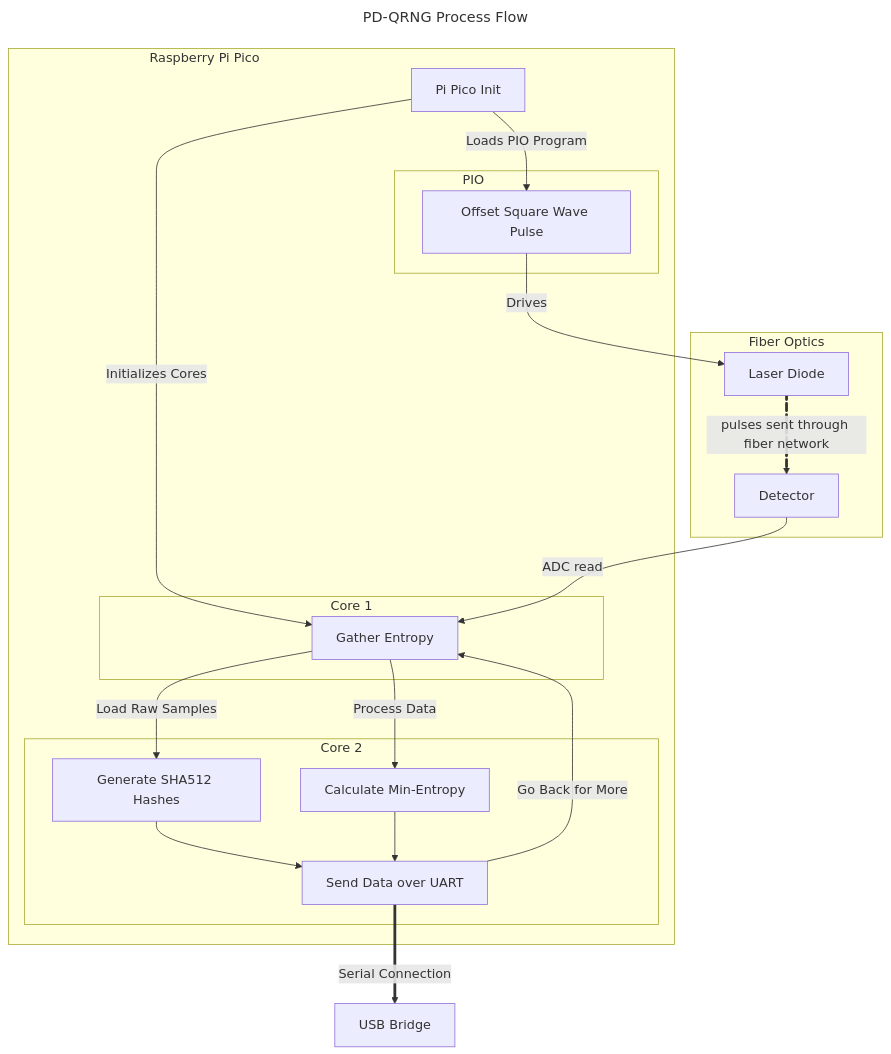
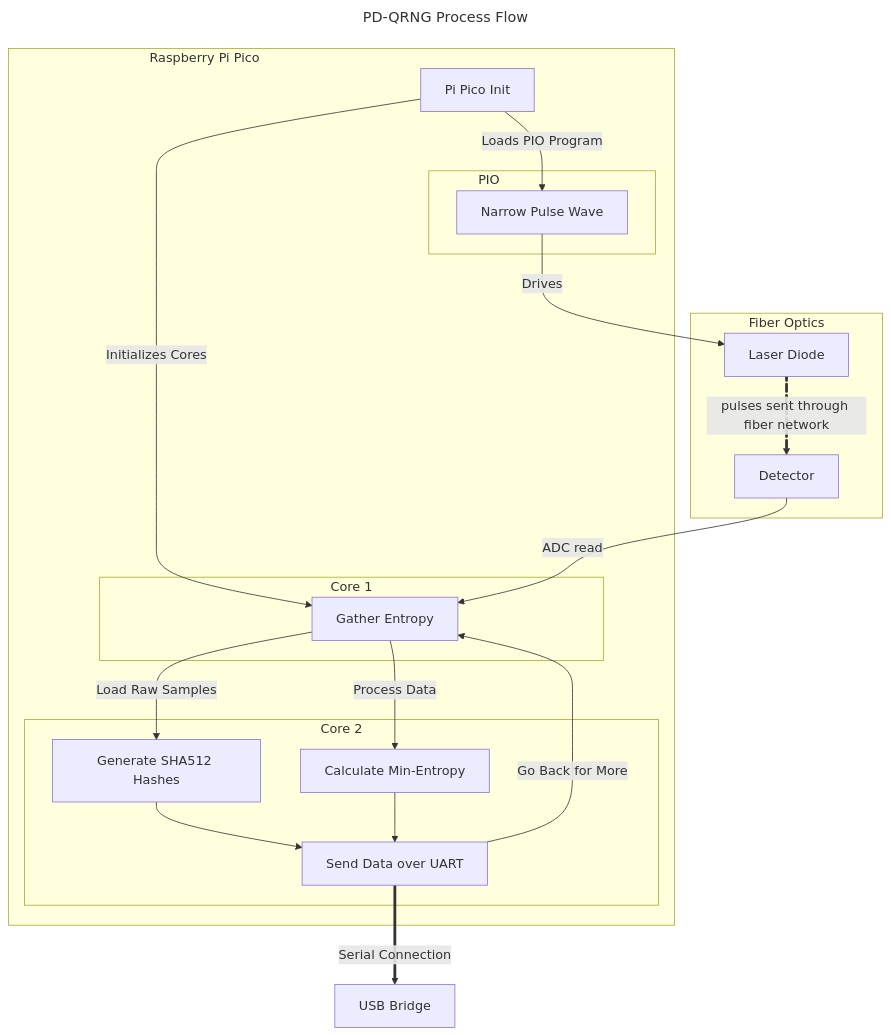
One commit to QuantumVillage/FiberRanger changed the diagram in README.md. Above: the diagram before and after it, drawn with Mermaid.

Commit message:
added flow charts

````diff
--- a/README.md
+++ b/README.md
@@ -9,38 +9,38 @@
 ```mermaid
 ---
 title: PD-QRNG Process Flow
 ---
 
 flowchart TD
     subgraph Fiber Optics
     L[Laser Diode]
     D[Detector]
     end
     subgraph R[<div style="width:30em; height:8em; display:flex; justify-content: flex-start;">Raspberry Pi Pico</div>]
         I[Pi Pico Init]
         subgraph PIO [<div style="width:10em; height:8em; display:flex; justify-content: flex-start;">PIO</div>]
-        A[Offset Square Wave Pulse]
+        A[Narrow Pulse Wave]
         end
         subgraph Core 1
         G[Gather Entropy]
         end
         subgraph Core 2
         M[Calculate Min-Entropy]
         S[Generate SHA512 Hashes]
         U[Send Data over UART]
         end
     end
     B[USB Bridge]
     I -->|Initializes Cores| G[Gather Entropy]
     I -->|Loads PIO Program| A
     D -->|ADC read| G
     G -->|Process Data| M
     G -->|Load Raw Samples| S
     S --> U
     M --> U
     U -->|Go Back for More| G
     A  -->|Drives| L
     L e1@==>|pulses sent through fiber network| D
     e1@{ animate: true }
     U ==>|Serial Connection| B
 ```
````
